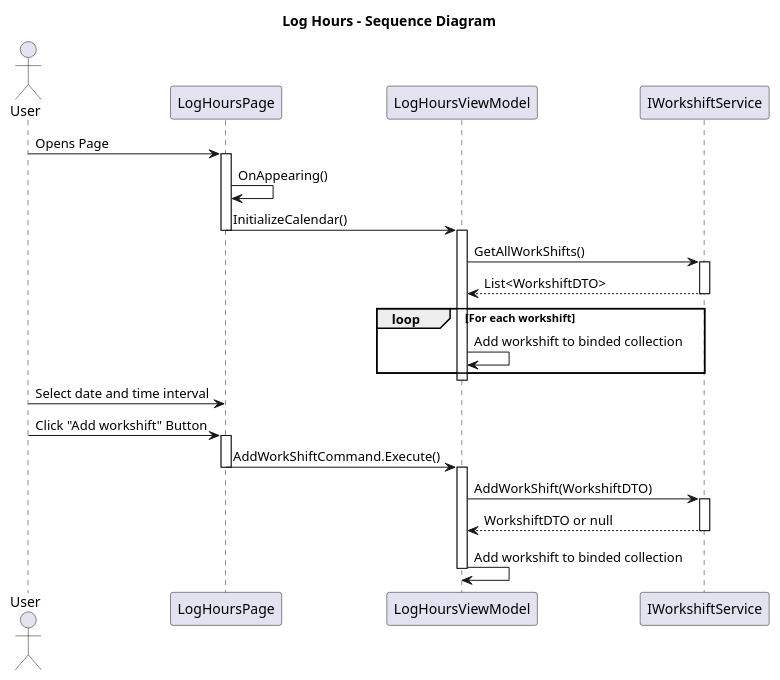
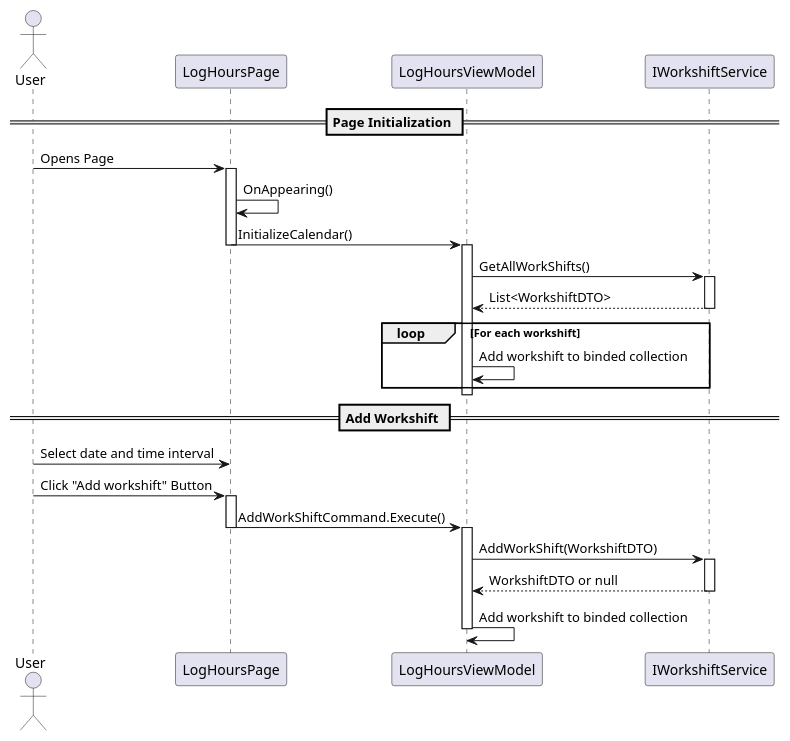
One commit to a-chiha/FinanceTrackerBackend changed the diagram in diagrams/maui/logHoursSeq.puml. Above: the diagram before and after it, drawn with PlantUML. The commit also changed 18 other files, not shown here.

```diff
--- a/diagrams/maui/logHoursSeq.puml
+++ b/diagrams/maui/logHoursSeq.puml
@@ -1,40 +1,43 @@
 @startuml 
-title Log Hours - Sequence Diagram
 actor User
 participant LogHoursPage
 participant LogHoursViewModel
 participant IWorkshiftService
 
+
+== Page Initialization ==
 User -> LogHoursPage : Opens Page
 activate LogHoursPage
 LogHoursPage -> LogHoursPage : OnAppearing()
 LogHoursPage -> LogHoursViewModel : InitializeCalendar()
 deactivate LogHoursPage
 
 activate LogHoursViewModel
 LogHoursViewModel -> IWorkshiftService : GetAllWorkShifts()
 activate IWorkshiftService
 IWorkshiftService --> LogHoursViewModel : List<WorkshiftDTO>
 deactivate IWorkshiftService
 
 loop For each workshift
     LogHoursViewModel -> LogHoursViewModel : Add workshift to binded collection
 end loop
 deactivate LogHoursViewModel
 
+
+== Add Workshift ==
 User -> LogHoursPage : Select date and time interval
 User -> LogHoursPage : Click "Add workshift" Button
 activate LogHoursPage
 LogHoursPage -> LogHoursViewModel : AddWorkShiftCommand.Execute()
 deactivate LogHoursPage
 
 activate LogHoursViewModel
 LogHoursViewModel -> IWorkshiftService : AddWorkShift(WorkshiftDTO)
 activate IWorkshiftService
 IWorkshiftService --> LogHoursViewModel : WorkshiftDTO or null
 deactivate IWorkshiftService
 
 LogHoursViewModel -> LogHoursViewModel : Add workshift to binded collection
 deactivate LogHoursViewModel
 
 @enduml
```
